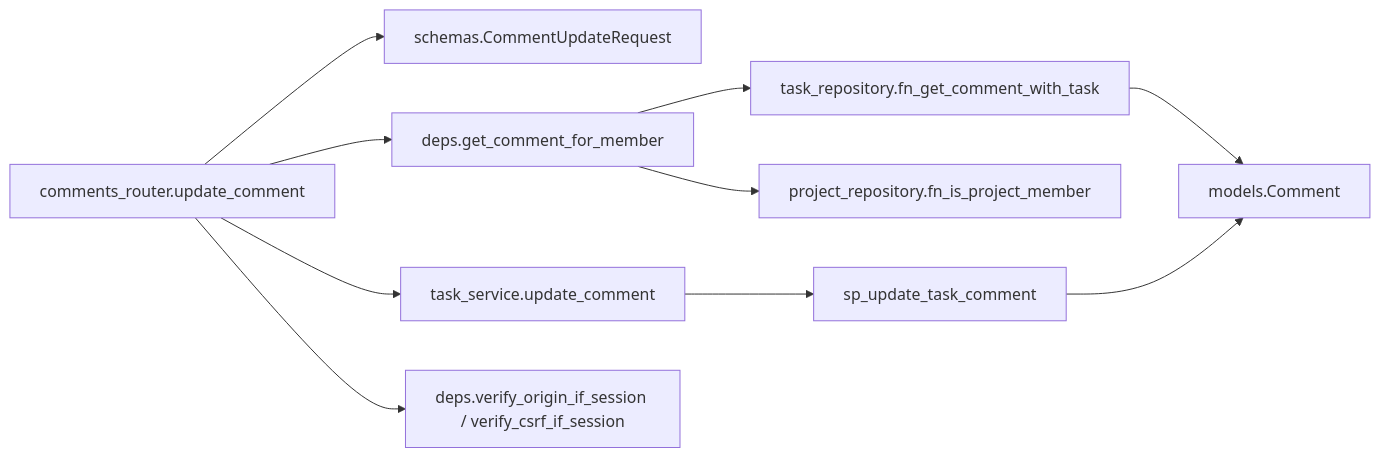
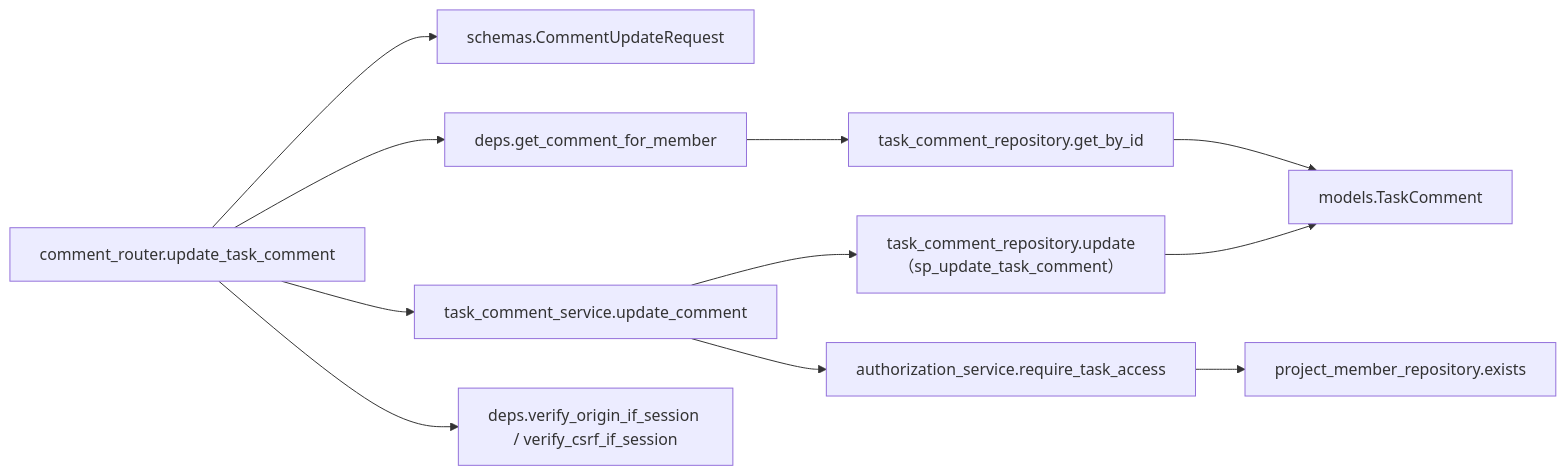
Before and after one commit to oikawa-d/task_management: the third of 4 diagrams in docs/detailed_design/api/tasks/08_patch_comment.md, drawn with Mermaid. The commit also changed other lines of this file and 9 other files, not shown here.

````diff
--- a/docs/detailed_design/api/tasks/08_patch_comment.md
+++ b/docs/detailed_design/api/tasks/08_patch_comment.md
@@ -223,12 +238,13 @@
 ```mermaid
 flowchart LR
-    R["comments_router.update_comment"] --> Sch["schemas.CommentUpdateRequest"]
+    R["comment_router.update_task_comment"] --> Sch["schemas.CommentUpdateRequest"]
     R --> D["deps.get_comment_for_member"]
-    R --> S["task_service.update_comment"]
-    D --> TR1["task_repository.fn_get_comment_with_task"]
-    D --> PR["project_repository.fn_is_project_member"]
-    S --> TR2["sp_update_task_comment"]
-    TR1 --> M["models.Comment"]
+    R --> S["task_comment_service.update_comment"]
+    D --> TR1["task_comment_repository.get_by_id"]
+    S --> A["authorization_service.require_task_access"]
+    A --> PR["project_member_repository.exists"]
+    S --> TR2["task_comment_repository.update<br/>（sp_update_task_comment）"]
+    TR1 --> M["models.TaskComment"]
     TR2 --> M
     R --> V["deps.verify_origin_if_session / verify_csrf_if_session"]
 ```
````
